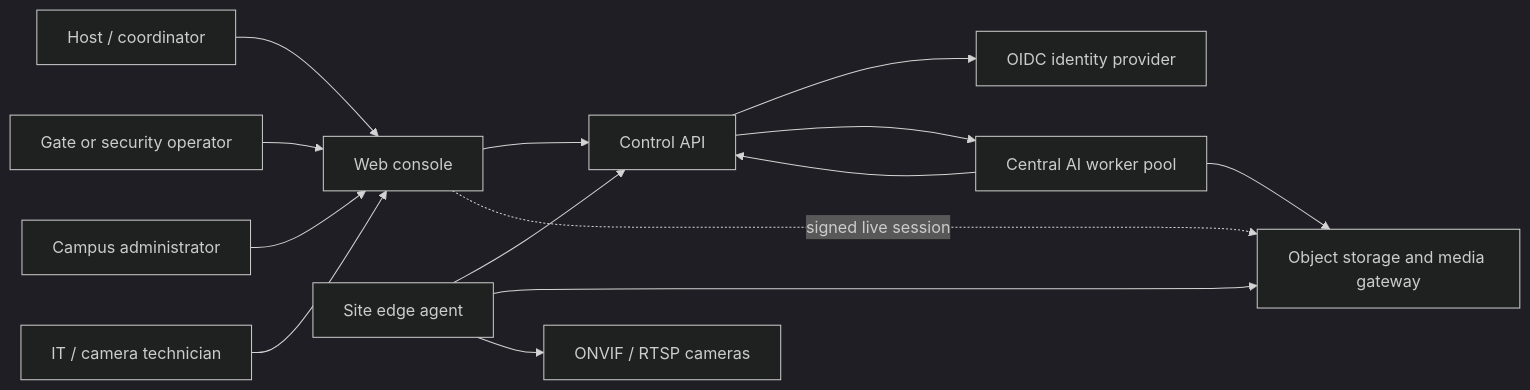
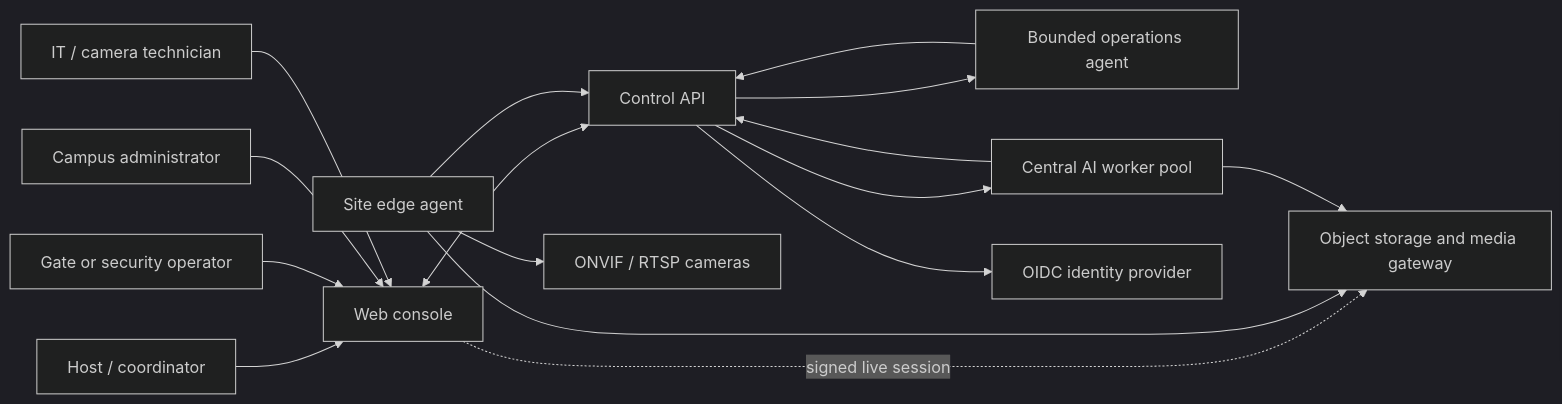
Before and after one commit to Mohemed-Amine-Chalhy/number-plate-recognition: the first of 4 diagrams in docs/platform/architecture.md, drawn with Mermaid (dark theme). The commit also changed other lines of this file and 18 other files, not shown here.

Commit message:
docs(agentic): document architecture and operating boundaries

````diff
--- a/docs/platform/architecture.md
+++ b/docs/platform/architecture.md
@@ -32,28 +34,31 @@
 ```mermaid
 flowchart LR
     Host[Host / coordinator]
     Operator[Gate or security operator]
     Admin[Campus administrator]
     Tech[IT / camera technician]
     Console[Web console]
     API[Control API]
+    Agent[Bounded operations agent]
     Worker[Central AI worker pool]
     Edge[Site edge agent]
     Camera[ONVIF / RTSP cameras]
     Media[Object storage and media gateway]
     IdP[OIDC identity provider]
 
     Host --> Console
     Operator --> Console
     Admin --> Console
     Tech --> Console
-    Console --> API
+    Console <--> API
+    API --> Agent
+    Agent --> API
     Console -. signed live session .-> Media
     API --> IdP
     API --> Worker
     Edge --> API
     Edge --> Media
     Edge --> Camera
     Worker --> Media
     Worker --> API
 ```
````
